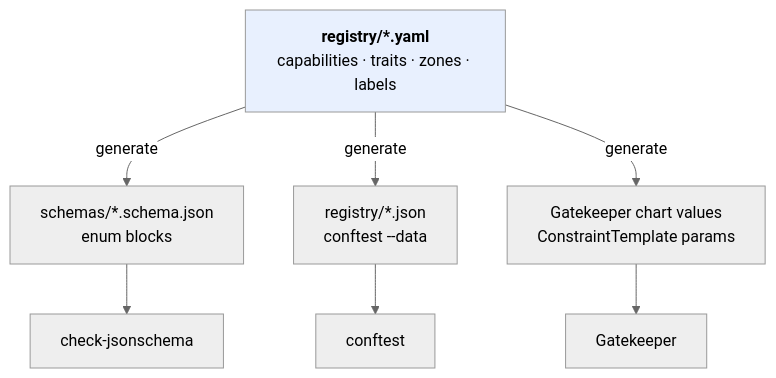
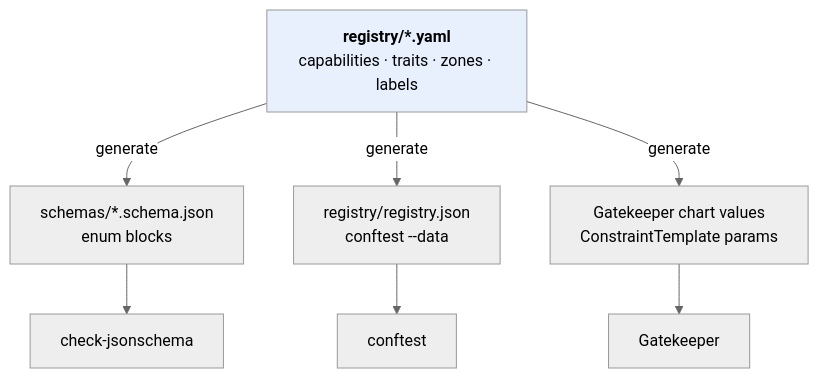
Before and after one commit to aescanero/proposal_documents: diagram 15 of 19 in docs/en/platform-overview.md, drawn with Mermaid (neutral theme). The commit also changed other lines of this file and 86 other files, not shown here.

````diff
--- a/docs/en/platform-overview.md
+++ b/docs/en/platform-overview.md
@@ -408,11 +408,11 @@
 ```mermaid
 flowchart TD
     REG["<b>registry/*.yaml</b><br/>capabilities · traits · zones · labels"]
     REG -->|generate| S["schemas/*.schema.json<br/>enum blocks"]
-    REG -->|generate| D["registry/*.json<br/>conftest --data"]
+    REG -->|generate| D["registry/registry.json<br/>conftest --data"]
     REG -->|generate| V["Gatekeeper chart values<br/>ConstraintTemplate params"]
     S --> CK["check-jsonschema"]
     D --> CF["conftest"]
     V --> GK["Gatekeeper"]
     style REG fill:#e8f0fe
 ```
````
